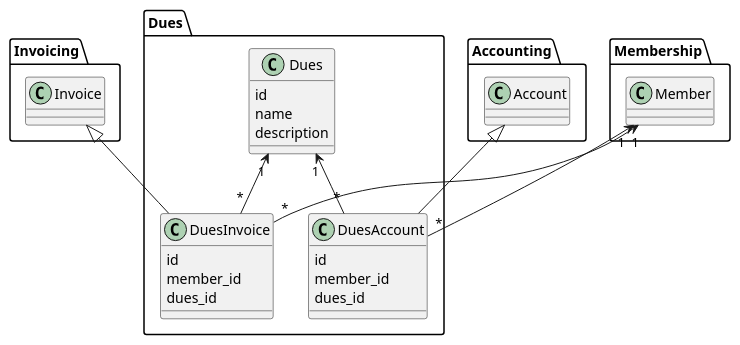
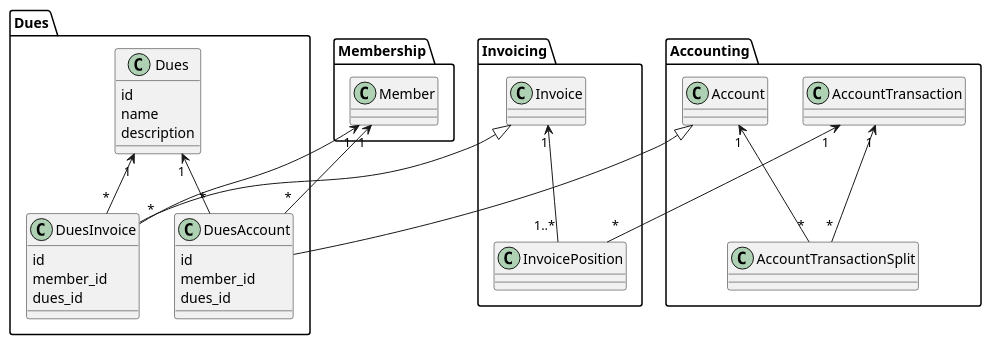
One commit to buffstop/PepCoopMembership changed the ninth of 12 diagrams in docs/design/index.rst. Above: the diagram before and after it, drawn with PlantUML. The commit also changed other lines of this file, not shown here.

```diff
--- a/docs/design/index.rst
+++ b/docs/design/index.rst
@@ -519,39 +636,45 @@
 .. uml::
    :caption: UML class diagram of the Dues package.
 
    @startuml
    package Invoicing {
        class Invoice
+       class InvoicePosition
+       Invoice "1" <--"1..*" InvoicePosition
    }
    package Accounting {
        class Account
+       class AccountTransaction
+       Account "1" <-- "*" AccountTransactionSplit
+       AccountTransaction "1" <-- "*" AccountTransactionSplit
+       AccountTransaction "1" <-- "*" InvoicePosition
    }
    package Membership {
        class Member
    }
    package Dues {
        class Dues {
            id
            name
            description
        }
        class DuesInvoice {
            id
            member_id
            dues_id
        }
        Invoice <|-- DuesInvoice
        Member "1" <-- "*" DuesInvoice
        Dues "1" <-- "*" DuesInvoice
 
        class DuesAccount {
            id
            member_id
            dues_id
        }
 
        Account <|-- DuesAccount
        Dues "1" <-- "*" DuesAccount
        Member "1" <-- "*" DuesAccount
    }
    @enduml
```
